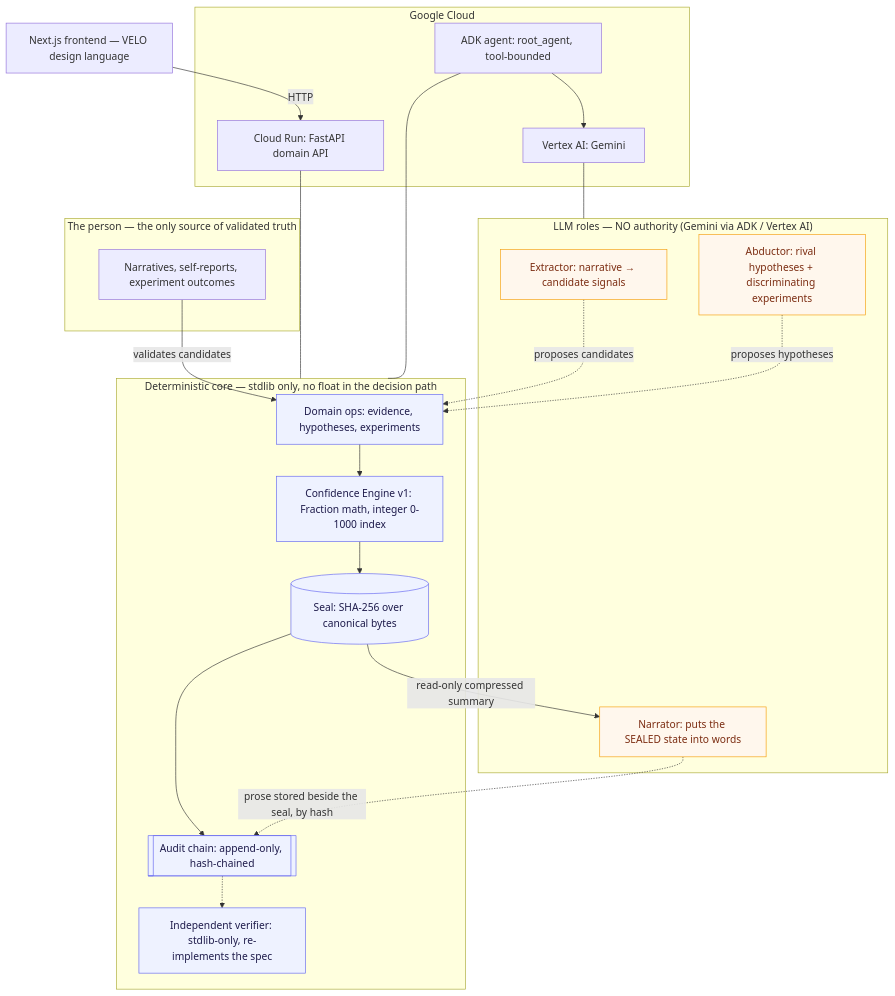
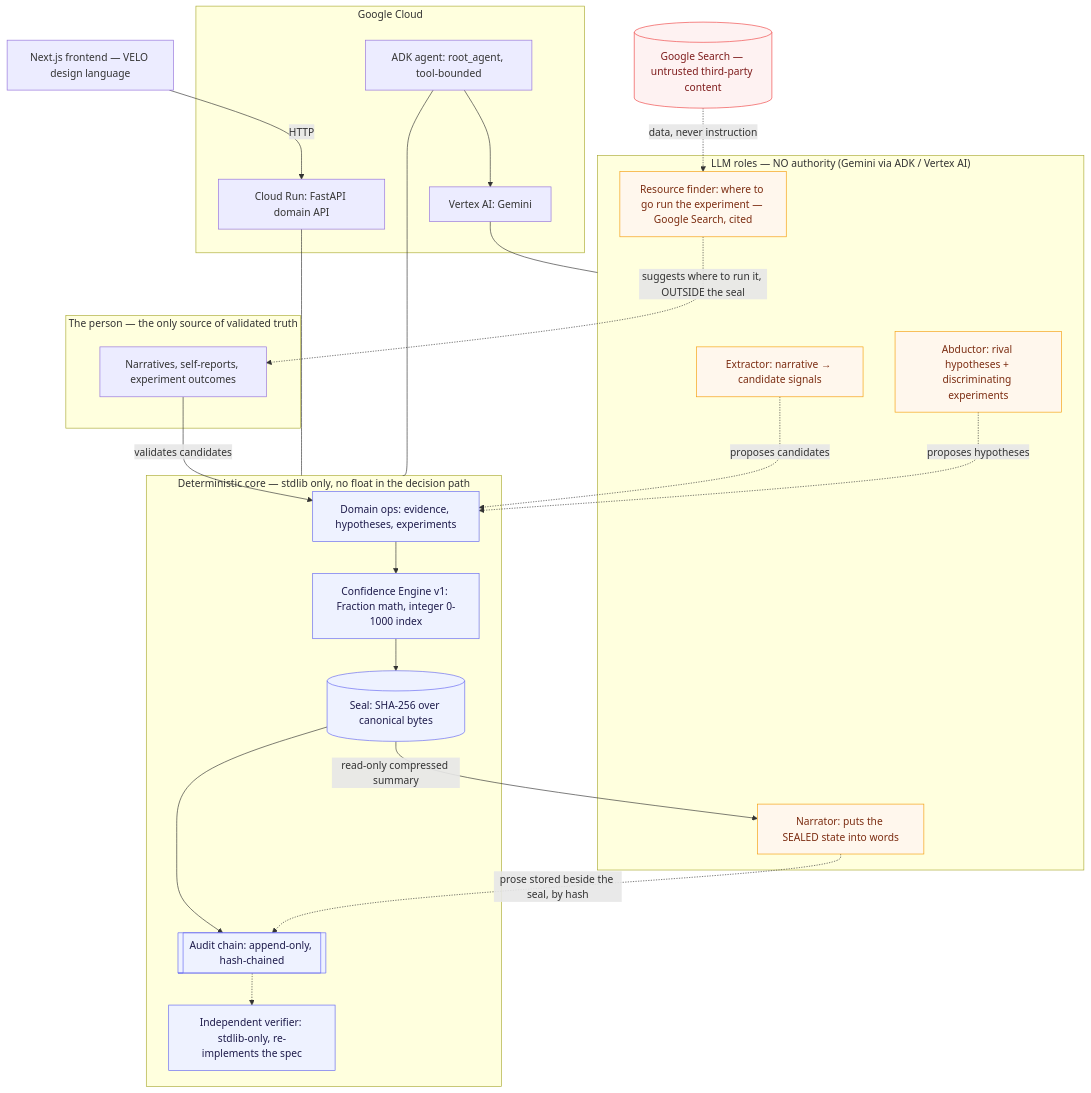
Before and after one commit to annatchijova/compass: the first of 2 diagrams in docs/ARCHITECTURE.md, drawn with Mermaid. The commit also changed other lines of this file and 12 other files, not shown here.

First line of the commit message:
Concrete suggestions: draft the experiment, then find where to run it

````diff
--- a/docs/ARCHITECTURE.md
+++ b/docs/ARCHITECTURE.md
@@ -10,46 +10,52 @@
 ```mermaid
 flowchart TD
     subgraph person["The person — the only source of validated truth"]
         P[Narratives, self-reports, experiment outcomes]
     end
 
     subgraph llm["LLM roles — NO authority (Gemini via ADK / Vertex AI)"]
         EX[Extractor: narrative → candidate signals]
         AB[Abductor: rival hypotheses + discriminating experiments]
+        RF[Resource finder: where to go run the experiment — Google Search, cited]
         NA[Narrator: puts the SEALED state into words]
     end
 
     subgraph core["Deterministic core — stdlib only, no float in the decision path"]
         DOM[Domain ops: evidence, hypotheses, experiments]
         ENG[Confidence Engine v1: Fraction math, integer 0-1000 index]
         SEAL[(Seal: SHA-256 over canonical bytes)]
         CHAIN[[Audit chain: append-only, hash-chained]]
         VER[Independent verifier: stdlib-only, re-implements the spec]
     end
 
     subgraph gcp["Google Cloud"]
         RUN[Cloud Run: FastAPI domain API]
         ADKR[ADK agent: root_agent, tool-bounded]
         VTX[Vertex AI: Gemini]
     end
 
     FE[Next.js frontend — VELO design language]
+    WEB[(Google Search — untrusted third-party content)]
 
     P -->|validates candidates| DOM
     EX -.proposes candidates.-> DOM
     AB -.proposes hypotheses.-> DOM
+    WEB -.data, never instruction.-> RF
+    RF -.suggests where to run it, OUTSIDE the seal.-> P
     DOM --> ENG --> SEAL --> CHAIN
     CHAIN -.-> VER
     SEAL -->|read-only compressed summary| NA
     NA -.prose stored beside the seal, by hash.-> CHAIN
     RUN --- core
     ADKR --- core
     ADKR --> VTX
     VTX --- llm
     FE -->|HTTP| RUN
 
     classDef noauth fill:#fff7ed,stroke:#f59e0b,color:#7c2d12;
     classDef det fill:#eef2ff,stroke:#6366f1,color:#1e1b4b;
-    class EX,AB,NA noauth;
+    classDef ext fill:#fef2f2,stroke:#ef4444,color:#7f1d1d;
+    class WEB ext;
+    class EX,AB,NA,RF noauth;
     class DOM,ENG,SEAL,CHAIN,VER det;
 ```
````
